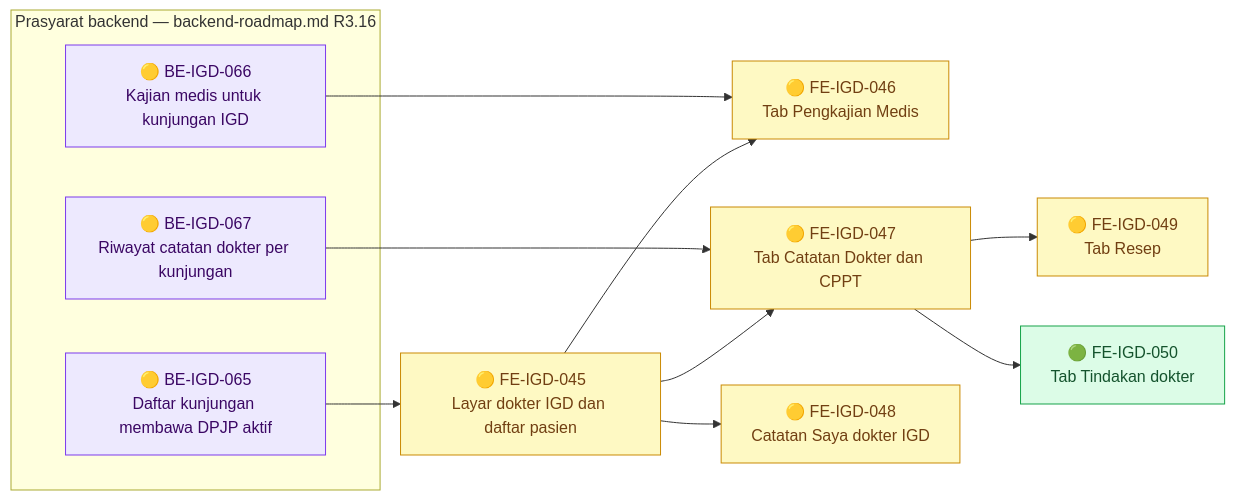
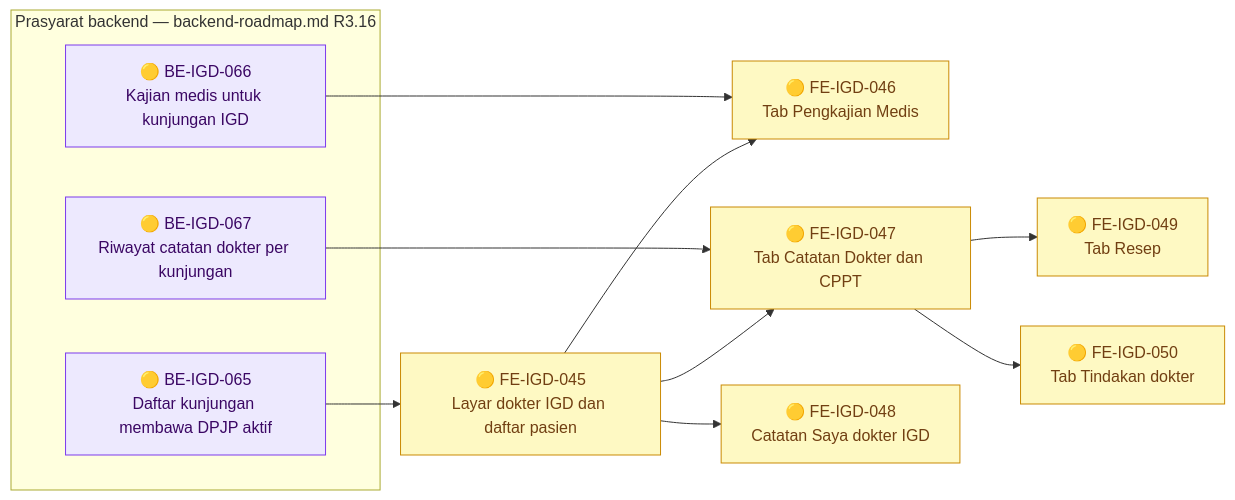
Diagram 16 of 19 in docs/module-blueprints/igd/roadmap/frontend-roadmap.md (DevBenari/NewQuilvianSystemBackend), drawn with Mermaid before and after one commit. The commit also changed other lines of this file and 61 other files, not shown here.

````diff
--- a/docs/module-blueprints/igd/roadmap/frontend-roadmap.md
+++ b/docs/module-blueprints/igd/roadmap/frontend-roadmap.md
@@ -2099,30 +2111,30 @@
 ```mermaid
 flowchart LR
     classDef selesai fill:#DCFCE7,stroke:#16A34A,color:#14532D
     classDef sebagian fill:#FEF9C3,stroke:#CA8A04,color:#713F12
     classDef terblokir fill:#FEE2E2,stroke:#DC2626,color:#7F1D1D
     classDef belum fill:#F1F5F9,stroke:#64748B,color:#0F172A
     classDef luar fill:#EDE9FE,stroke:#7C3AED,color:#3B0764
 
     subgraph backend1402["Prasyarat backend — backend-roadmap.md R3.16"]
         BEIGD065D["🟡 BE-IGD-065<br/>Daftar kunjungan membawa DPJP aktif"]:::luar
         BEIGD066D["🟡 BE-IGD-066<br/>Kajian medis untuk kunjungan IGD"]:::luar
         BEIGD067D["🟡 BE-IGD-067<br/>Riwayat catatan dokter per kunjungan"]:::luar
     end
 
     FEIGD045["🟡 FE-IGD-045<br/>Layar dokter IGD dan daftar pasien"]:::sebagian
     FEIGD046["🟡 FE-IGD-046<br/>Tab Pengkajian Medis"]:::sebagian
     FEIGD047["🟡 FE-IGD-047<br/>Tab Catatan Dokter dan CPPT"]:::sebagian
     FEIGD048["🟡 FE-IGD-048<br/>Catatan Saya dokter IGD"]:::sebagian
     FEIGD049["🟡 FE-IGD-049<br/>Tab Resep"]:::sebagian
-    FEIGD050["🟢 FE-IGD-050<br/>Tab Tindakan dokter"]:::selesai
+    FEIGD050["🟡 FE-IGD-050<br/>Tab Tindakan dokter"]:::sebagian
 
     BEIGD065D --> FEIGD045
     FEIGD045 --> FEIGD046
     BEIGD066D --> FEIGD046
     FEIGD045 --> FEIGD047
     BEIGD067D --> FEIGD047
     FEIGD045 --> FEIGD048
     FEIGD047 --> FEIGD049
     FEIGD047 --> FEIGD050
 ```
````
